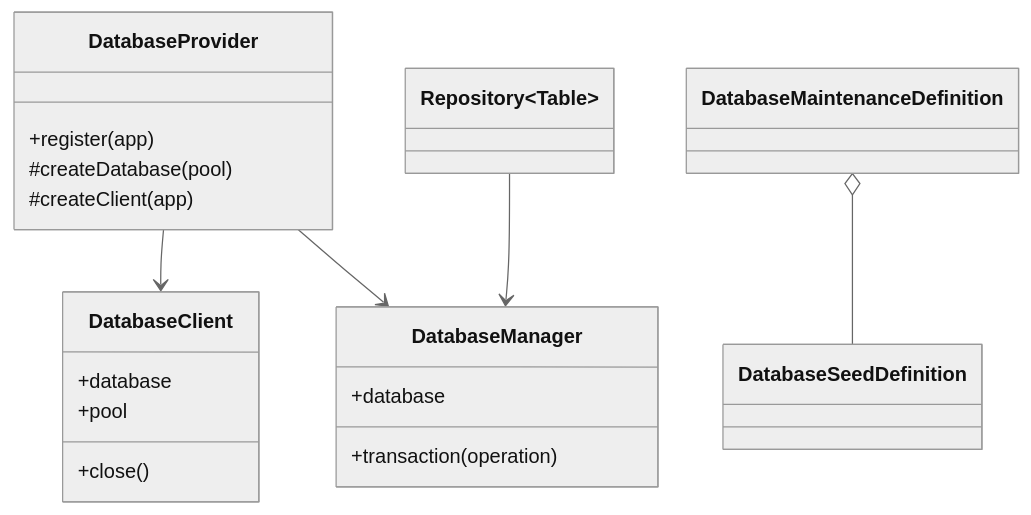
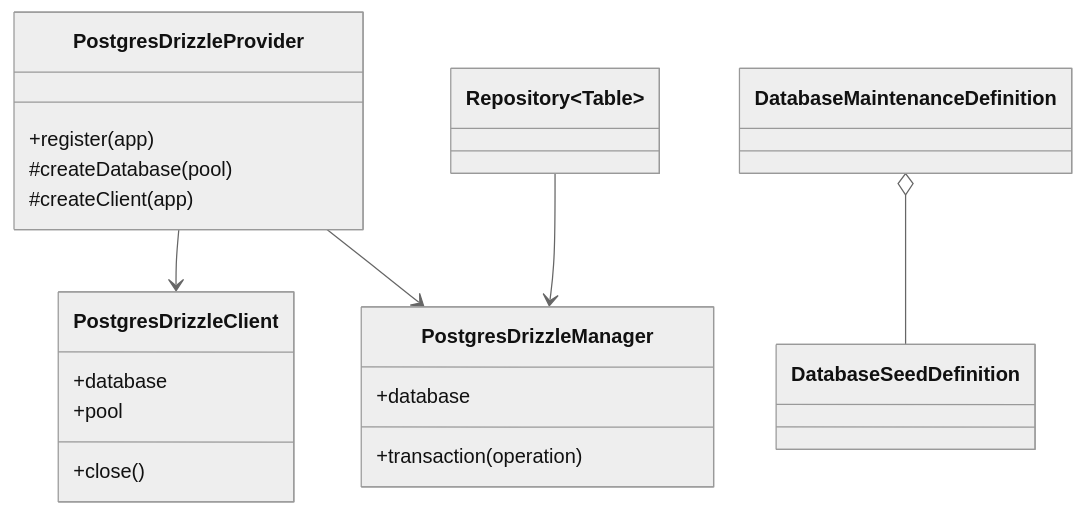
One commit to antarestupin/kestrel-framework changed the first of 6 diagrams in docs/implementation/database.md. Above: the diagram before and after it, drawn with Mermaid (neutral theme). The commit also changed other lines of this file and 212 other files, not shown here.

````diff
--- a/docs/implementation/database.md
+++ b/docs/implementation/database.md
@@ -19,25 +19,25 @@
 ```mermaid
 classDiagram
-    class DatabaseProvider {
+    class PostgresDrizzleProvider {
         +register(app)
         #createDatabase(pool)
         #createClient(app)
     }
-    class DatabaseClient {
+    class PostgresDrizzleClient {
         +database
         +pool
         +close()
     }
-    class DatabaseManager {
+    class PostgresDrizzleManager {
         +database
         +transaction(operation)
     }
     class Repository~Table~
     class DatabaseMaintenanceDefinition
     class DatabaseSeedDefinition
 
-    DatabaseProvider --> DatabaseClient
-    DatabaseProvider --> DatabaseManager
-    Repository --> DatabaseManager
+    PostgresDrizzleProvider --> PostgresDrizzleClient
+    PostgresDrizzleProvider --> PostgresDrizzleManager
+    Repository --> PostgresDrizzleManager
     DatabaseMaintenanceDefinition o-- DatabaseSeedDefinition
 ```
````
